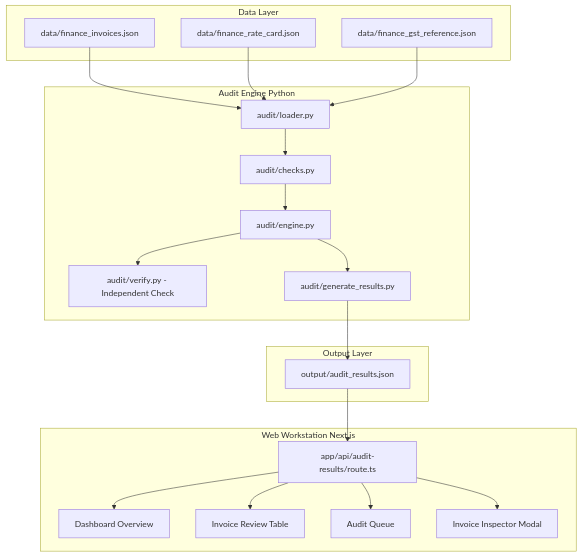
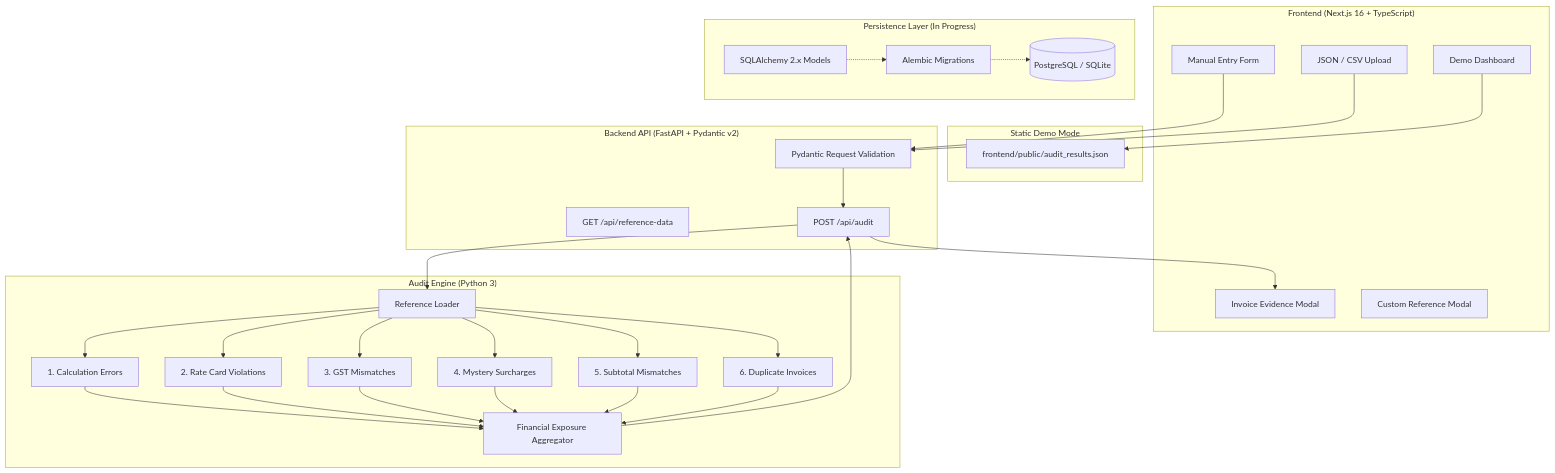
The diagram in README.md (osh-mkumar/invoice-audit-intelligence), drawn with Mermaid before and after one commit. The commit also changed other lines of this file and 2 other files, not shown here.

````diff
--- a/README.md
+++ b/README.md
@@ -68,32 +76,48 @@
 ```mermaid
 flowchart TD
-    subgraph Data Layer
-        A1[data/finance_invoices.json]
-        A2[data/finance_rate_card.json]
-        A3[data/finance_gst_reference.json]
+    subgraph Client ["Frontend (Next.js 16 + TypeScript)"]
+        UI1[Demo Dashboard]
+        UI2[Manual Entry Form]
+        UI3[JSON / CSV Upload]
+        UI4[Invoice Evidence Modal]
+        UI5[Custom Reference Modal]
     end
 
-    subgraph Audit Engine Python
-        B1[audit/loader.py] --> B2[audit/checks.py]
-        B2 --> B3[audit/engine.py]
-        B3 --> B4[audit/verify.py - Independent Check]
-        B3 --> B5[audit/generate_results.py]
+    subgraph StaticPath ["Static Demo Mode"]
+        STATIC[frontend/public/audit_results.json]
     end
 
-    subgraph Output Layer
-        C1[output/audit_results.json]
+    subgraph API ["Backend API (FastAPI + Pydantic v2)"]
+        EP1["GET /api/reference-data"]
+        EP2["POST /api/audit"]
+        VALID[Pydantic Request Validation]
     end
 
-    subgraph Web Workstation Next.js
-        D1[app/api/audit-results/route.ts] --> D2[Dashboard Overview]
-        D1 --> D3[Invoice Review Table]
-        D1 --> D4[Audit Queue]
-        D1 --> D5[Invoice Inspector Modal]
+    subgraph Engine ["Audit Engine (Python 3)"]
+        LOAD[Reference Loader]
+        C1[1. Calculation Errors]
+        C2[2. Rate Card Violations]
+        C3[3. GST Mismatches]
+        C4[4. Mystery Surcharges]
+        C5[5. Subtotal Mismatches]
+        C6[6. Duplicate Invoices]
+        EXPOSURE[Financial Exposure Aggregator]
     end
 
-    A1 --> B1
-    A2 --> B1
-    A3 --> B1
-    B5 --> C1
-    C1 --> D1
+    subgraph Persistence ["Persistence Layer (In Progress)"]
+        MODELS[SQLAlchemy 2.x Models]
+        MIGRATE[Alembic Migrations]
+        PG[(PostgreSQL / SQLite)]
+    end
+
+    UI1 --> STATIC
+    UI2 --> VALID
+    UI3 --> VALID
+    VALID --> EP2
+    EP2 --> LOAD
+    LOAD --> C1 & C2 & C3 & C4 & C5 & C6
+    C1 & C2 & C3 & C4 & C5 & C6 --> EXPOSURE
+    EXPOSURE --> EP2
+    EP2 --> UI4
+    MODELS -.-> MIGRATE -.-> PG
 ```
````
